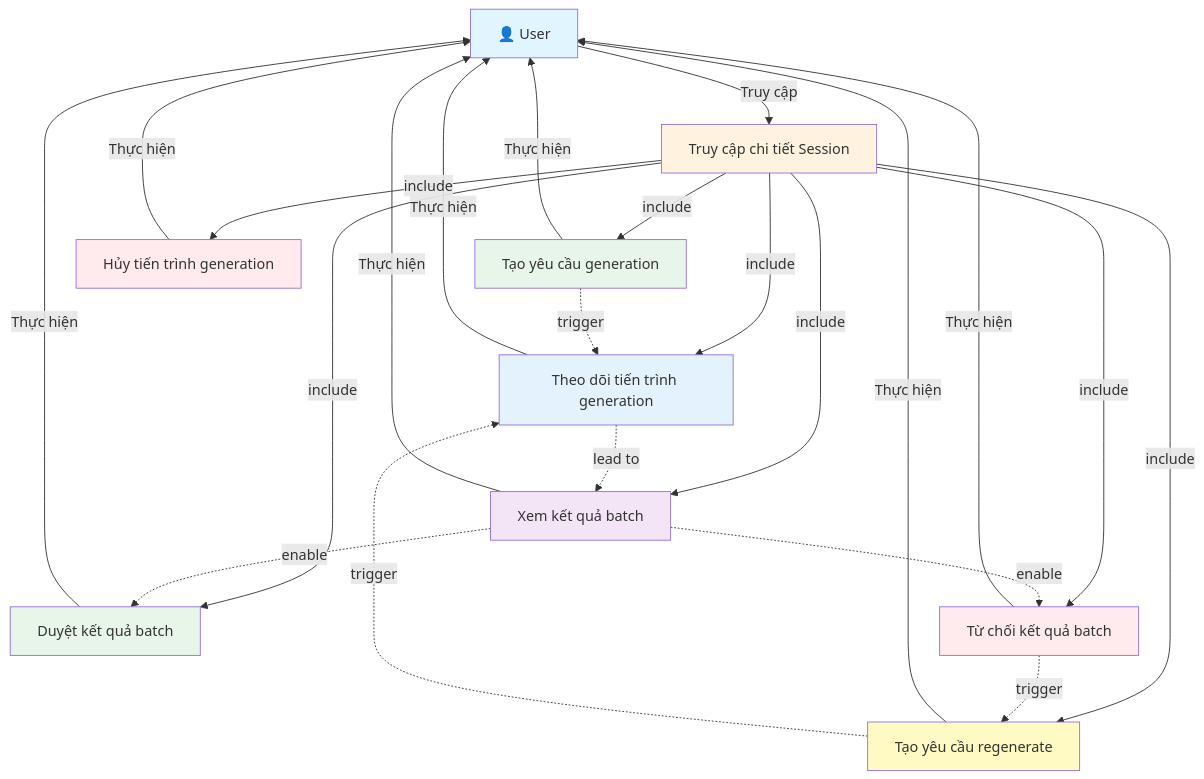
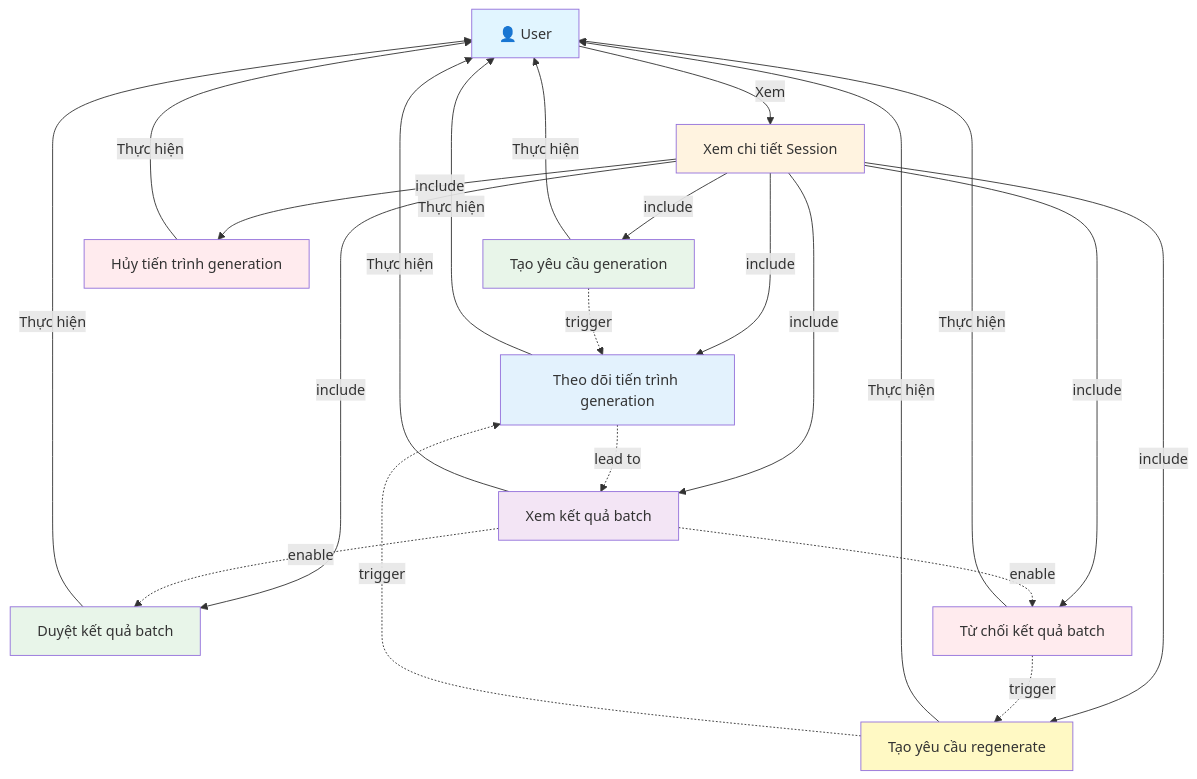
One commit to mduc-2610/gp_doc changed the diagram in generation/1_generation_batch_usecase.md. Above: the diagram before and after it, drawn with Mermaid. The commit also changed other lines of this file and 8 other files, not shown here.

````diff
--- a/generation/1_generation_batch_usecase.md
+++ b/generation/1_generation_batch_usecase.md
@@ -3,53 +3,53 @@
 ```mermaid
 graph TB
     Actor["👤 User"]
     
-    AccessSessionDetail["Truy cập chi tiết Session"]
+    ViewSessionDetail["Xem chi tiết Session"]
     CreateGenRequest["Tạo yêu cầu generation"]
     TrackProgress["Theo dõi tiến trình generation"]
     CancelProcess["Hủy tiến trình generation"]
     ViewBatchResult["Xem kết quả batch"]
     ApproveBatch["Duyệt kết quả batch"]
     RejectBatch["Từ chối kết quả batch"]
     RegenerateRequest["Tạo yêu cầu regenerate"]
     
-    Actor -->|Truy cập| AccessSessionDetail
+    Actor -->|Xem| ViewSessionDetail
     
-    AccessSessionDetail -->|include| CreateGenRequest
+    ViewSessionDetail -->|include| CreateGenRequest
     CreateGenRequest -->|Thực hiện| Actor
     
-    AccessSessionDetail -->|include| TrackProgress
+    ViewSessionDetail -->|include| TrackProgress
     TrackProgress -->|Thực hiện| Actor
     
-    AccessSessionDetail -->|include| CancelProcess
+    ViewSessionDetail -->|include| CancelProcess
     CancelProcess -->|Thực hiện| Actor
     
-    AccessSessionDetail -->|include| ViewBatchResult
+    ViewSessionDetail -->|include| ViewBatchResult
     ViewBatchResult -->|Thực hiện| Actor
     
-    AccessSessionDetail -->|include| ApproveBatch
+    ViewSessionDetail -->|include| ApproveBatch
     ApproveBatch -->|Thực hiện| Actor
     
-    AccessSessionDetail -->|include| RejectBatch
+    ViewSessionDetail -->|include| RejectBatch
     RejectBatch -->|Thực hiện| Actor
     
-    AccessSessionDetail -->|include| RegenerateRequest
+    ViewSessionDetail -->|include| RegenerateRequest
     RegenerateRequest -->|Thực hiện| Actor
     
     CreateGenRequest -.->|trigger| TrackProgress
     TrackProgress -.->|lead to| ViewBatchResult
     ViewBatchResult -.->|enable| ApproveBatch
     ViewBatchResult -.->|enable| RejectBatch
     RejectBatch -.->|trigger| RegenerateRequest
     RegenerateRequest -.->|trigger| TrackProgress
     
     style Actor fill:#e1f5ff
-    style AccessSessionDetail fill:#fff3e0
+    style ViewSessionDetail fill:#fff3e0
     style CreateGenRequest fill:#e8f5e9
     style TrackProgress fill:#e3f2fd
     style CancelProcess fill:#ffebee
     style ViewBatchResult fill:#f3e5f5
     style ApproveBatch fill:#e8f5e9
     style RejectBatch fill:#ffebee
     style RegenerateRequest fill:#fff9c4
 ```
````
